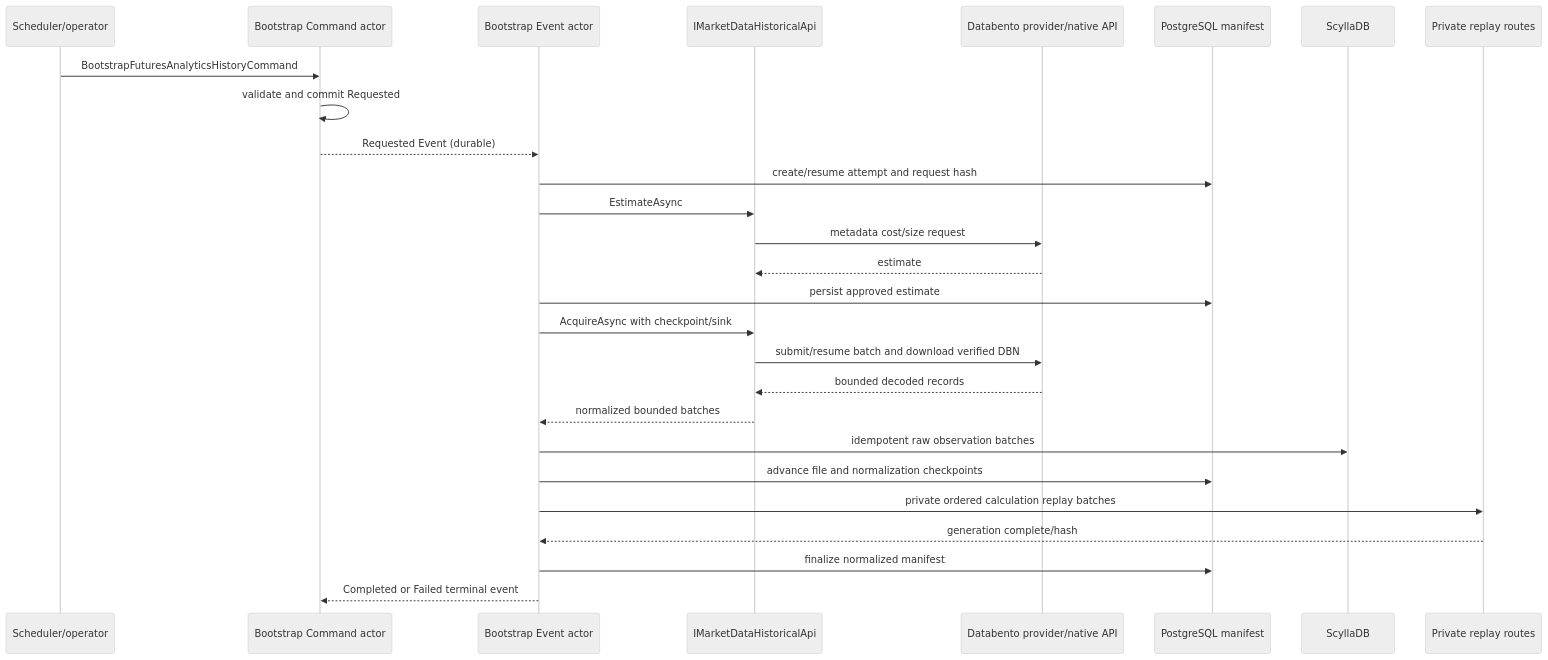
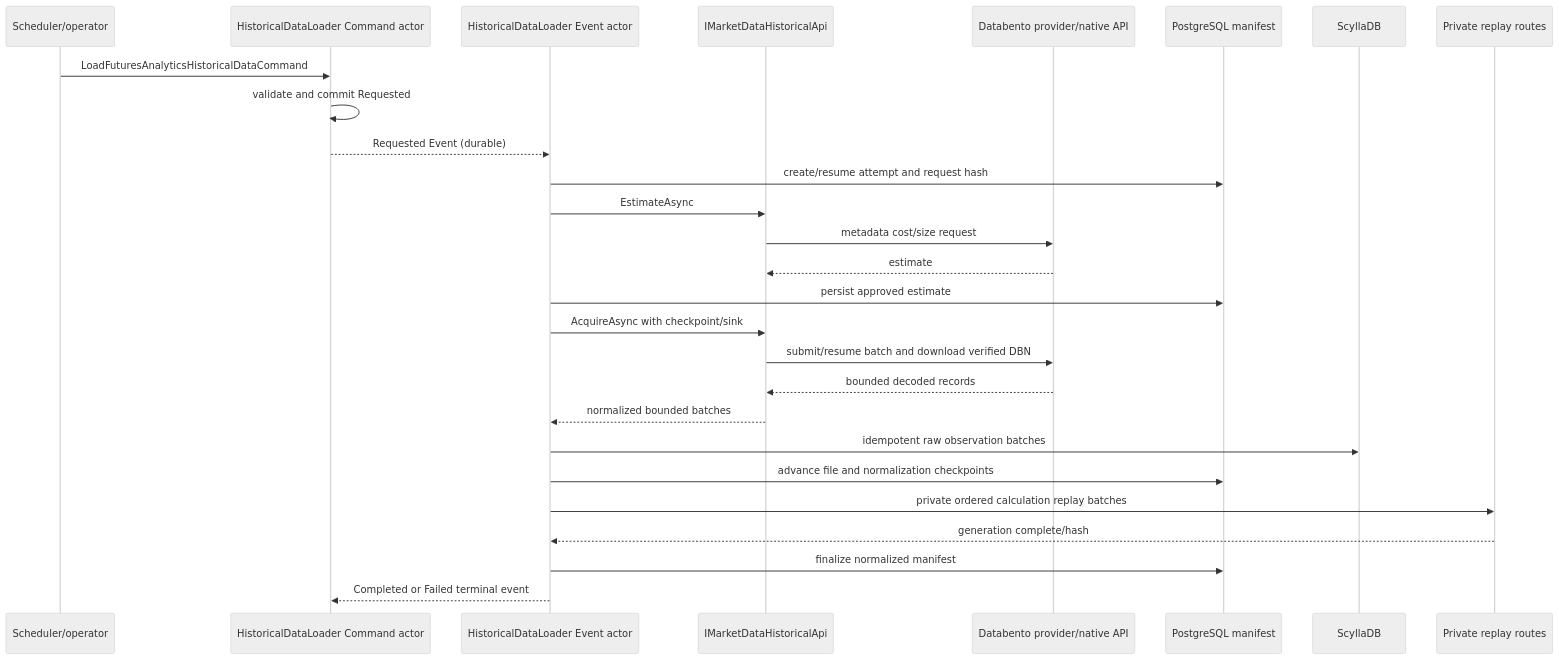
The third of 3 diagrams in TomasAI.IFM.Domain.MarketData.Analytics/Docs/Regime-Discovery-Market-Signal-Interface-Implementation-v1.0.md (basilthomas911/IFM), drawn with Mermaid (neutral theme) before and after one commit. The commit also changed other lines of this file and 85 other files, not shown here.

Commit message:
Refactor market data loader and outlook contexts

````diff
--- a/TomasAI.IFM.Domain.MarketData.Analytics/Docs/Regime-Discovery-Market-Signal-Interface-Implementation-v1.0.md
+++ b/TomasAI.IFM.Domain.MarketData.Analytics/Docs/Regime-Discovery-Market-Signal-Interface-Implementation-v1.0.md
@@ -1362,30 +1362,30 @@
 ```mermaid
 sequenceDiagram
     participant U as Scheduler/operator
-    participant C as Bootstrap Command actor
-    participant E as Bootstrap Event actor
+    participant C as HistoricalDataLoader Command actor
+    participant E as HistoricalDataLoader Event actor
     participant A as IMarketDataHistoricalApi
     participant D as Databento provider/native API
     participant P as PostgreSQL manifest
     participant S as ScyllaDB
     participant R as Private replay routes
 
-    U->>C: BootstrapFuturesAnalyticsHistoryCommand
+    U->>C: LoadFuturesAnalyticsHistoricalDataCommand
     C->>C: validate and commit Requested
     C-->>E: Requested Event (durable)
     E->>P: create/resume attempt and request hash
     E->>A: EstimateAsync
     A->>D: metadata cost/size request
     D-->>A: estimate
     E->>P: persist approved estimate
     E->>A: AcquireAsync with checkpoint/sink
     A->>D: submit/resume batch and download verified DBN
     D-->>A: bounded decoded records
     A-->>E: normalized bounded batches
     E->>S: idempotent raw observation batches
     E->>P: advance file and normalization checkpoints
     E->>R: private ordered calculation replay batches
     R-->>E: generation complete/hash
     E->>P: finalize normalized manifest
     E-->>C: Completed or Failed terminal event
 ```
````
